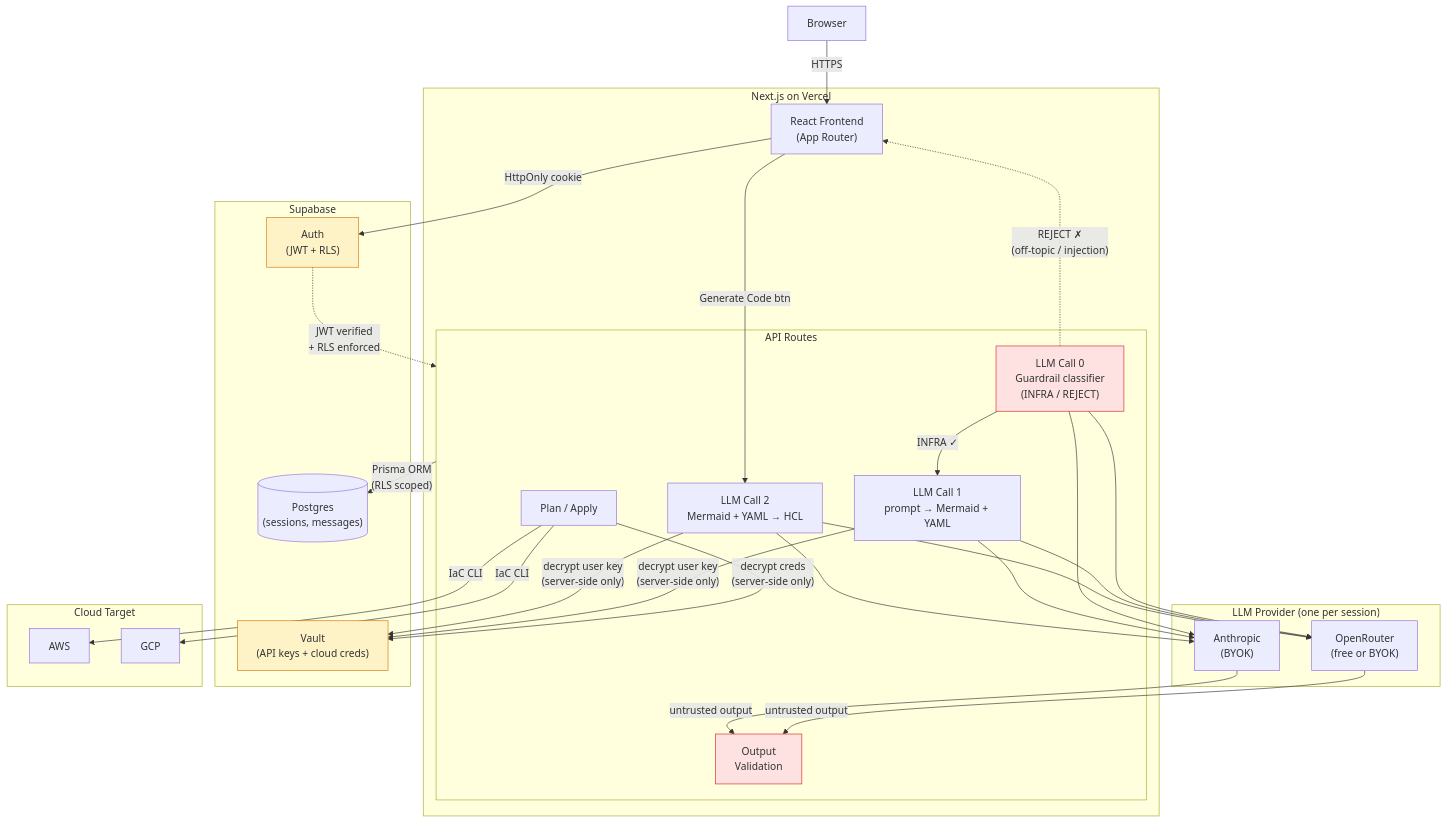
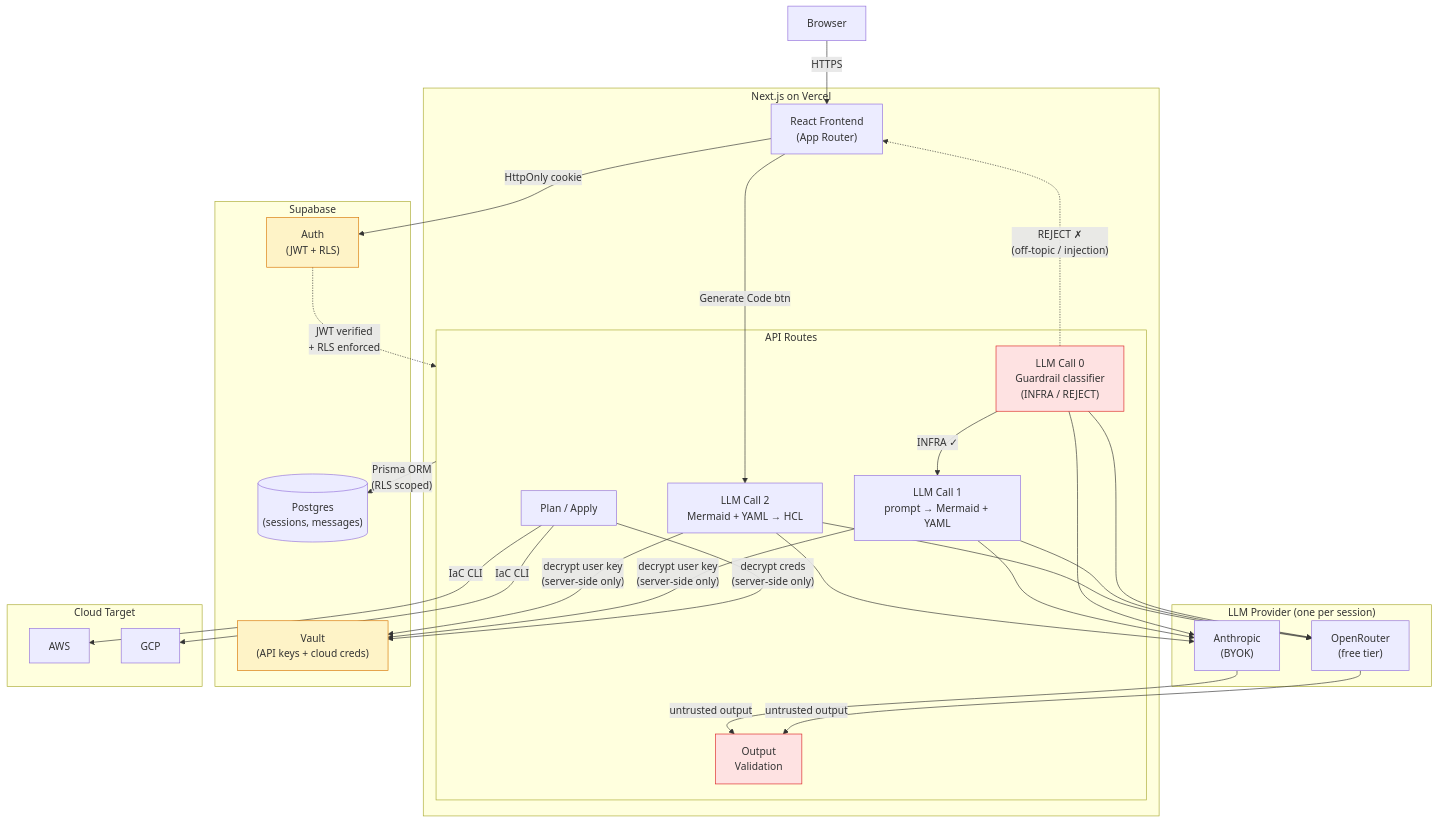
One commit to tttennnnn/conjure changed the diagram in README.md. Above: the diagram before and after it, drawn with Mermaid. The commit also changed other lines of this file and 2 other files, not shown here.

Commit message:
remove user_custom_models references, update docs for OpenRouter free-tier only

````diff
--- a/README.md
+++ b/README.md
@@ -68,52 +68,52 @@
 ```mermaid
 graph TD
     User[Browser]
 
     subgraph Vercel["Next.js on Vercel"]
         FE["React Frontend\n(App Router)"]
 
         subgraph API["API Routes"]
             Guardrails["LLM Call 0\nGuardrail classifier\n(INFRA / REJECT)"]
             Call1["LLM Call 1\nprompt → Mermaid + YAML"]
             Call2["LLM Call 2\nMermaid + YAML → HCL"]
             Validate["Output\nValidation"]
             Deploy["Plan / Apply"]
         end
     end
 
     subgraph LLM["LLM Provider (one per session)"]
-        OR["OpenRouter\n(free or BYOK)"]
+        OR["OpenRouter\n(free tier)"]
         Anthropic["Anthropic\n(BYOK)"]
     end
 
     subgraph SB["Supabase"]
         DB[("Postgres\n(sessions, messages)")]
         Auth["Auth\n(JWT + RLS)"]
         Vault["Vault\n(API keys + cloud creds)"]
     end
 
     subgraph Cloud["Cloud Target"]
         AWS["AWS"]
         GCP["GCP"]
     end
 
     User -- "HTTPS" --> FE
     FE -- "HttpOnly cookie" --> Auth
     Auth -. "JWT verified\n+ RLS enforced" .-> API
     Guardrails -- "INFRA ✓" --> Call1
     Guardrails -. "REJECT ✗\n(off-topic / injection)" .-> FE
     Guardrails --> OR & Anthropic
     Call1 --> OR & Anthropic
     Call2 --> OR & Anthropic
     OR & Anthropic -- "untrusted output" --> Validate
     FE -- "Generate Code btn" --> Call2
     Deploy -- "IaC CLI" --> AWS & GCP
     Deploy -- "decrypt creds\n(server-side only)" --> Vault
     API -- "Prisma ORM\n(RLS scoped)" --> DB
     Call1 & Call2 -- "decrypt user key\n(server-side only)" --> Vault
 
     style Auth fill:#fef3c7,stroke:#d97706
     style Vault fill:#fef3c7,stroke:#d97706
     style Guardrails fill:#fee2e2,stroke:#dc2626
     style Validate fill:#fee2e2,stroke:#dc2626
 ```
````
